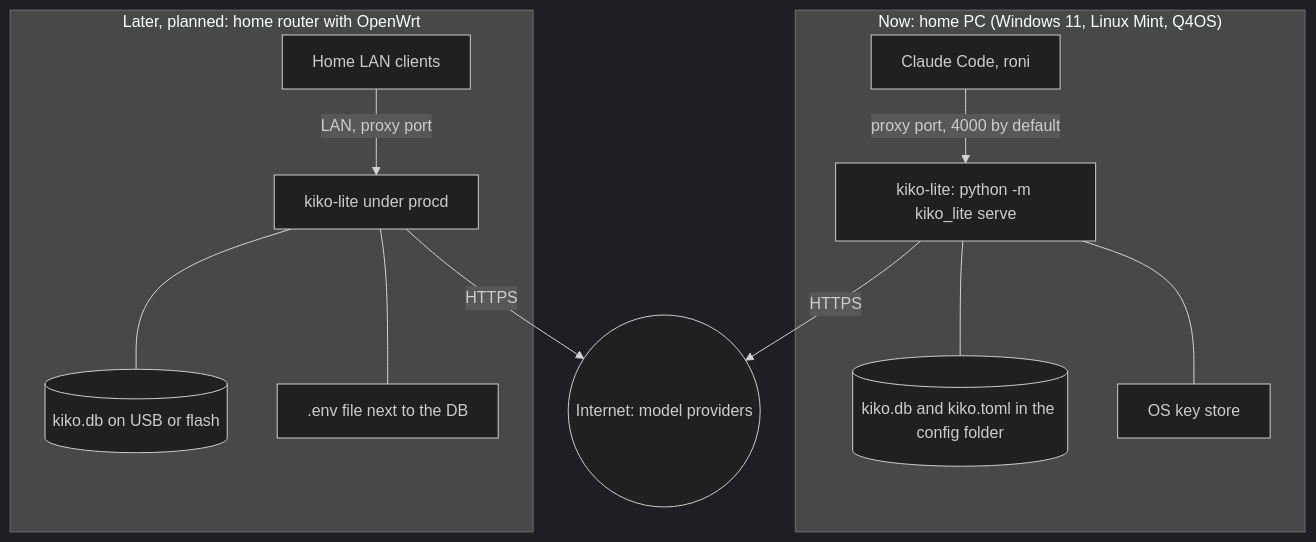
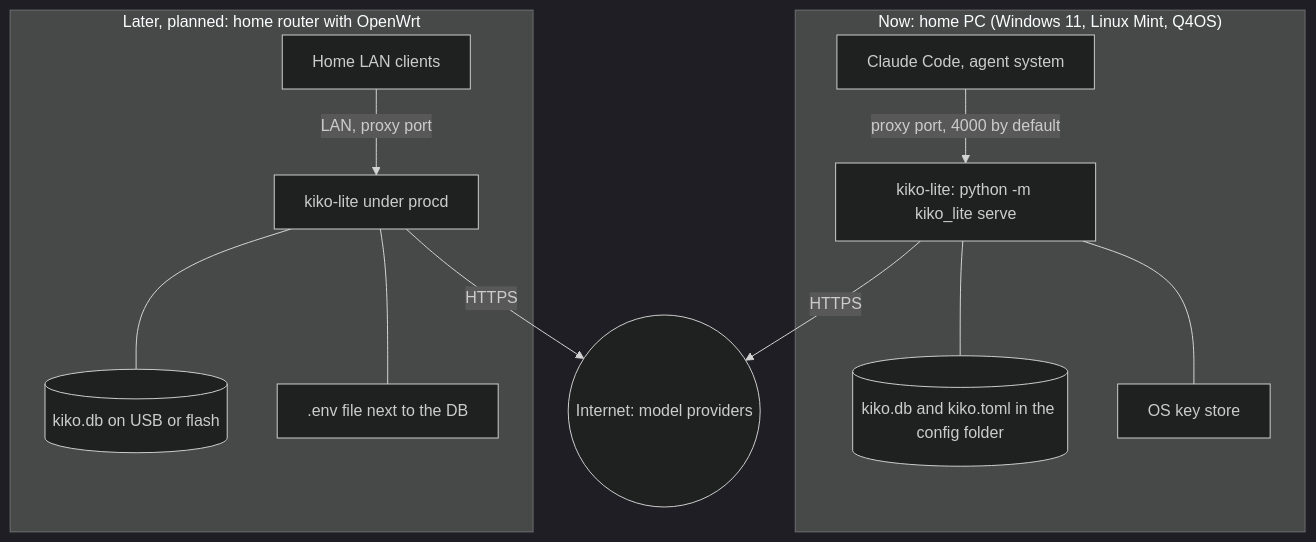
The fourth of 4 diagrams in docs/gateway/site/en/ARCHITECTURE.md (peterkokosharov/kiko), drawn with Mermaid (dark theme) before and after one commit. The commit also changed other lines of this file and 15 other files, not shown here.

````diff
--- a/docs/gateway/site/en/ARCHITECTURE.md
+++ b/docs/gateway/site/en/ARCHITECTURE.md
@@ -210,15 +210,15 @@
 ```mermaid
 flowchart TB
     subgraph NOW["Now: home PC (Windows 11, Linux Mint, Q4OS)"]
-        CC1["Claude Code, roni"] -->|"proxy port, 4000 by default"| K1["kiko-lite: python -m kiko_lite serve"]
+        CC1["Claude Code, agent system"] -->|"proxy port, 4000 by default"| K1["kiko-lite: python -m kiko_lite serve"]
         K1 --- DB1[("kiko.db and kiko.toml in the config folder")]
         K1 --- KS1["OS key store"]
     end
     subgraph LATER["Later, planned: home router with OpenWrt"]
         LAN["Home LAN clients"] -->|"LAN, proxy port"| K2["kiko-lite under procd"]
         K2 --- DB2[("kiko.db on USB or flash")]
         K2 --- ENV2[".env file next to the DB"]
     end
     K1 -->|HTTPS| NET(("Internet: model providers"))
     K2 -->|HTTPS| NET
 ```
````
